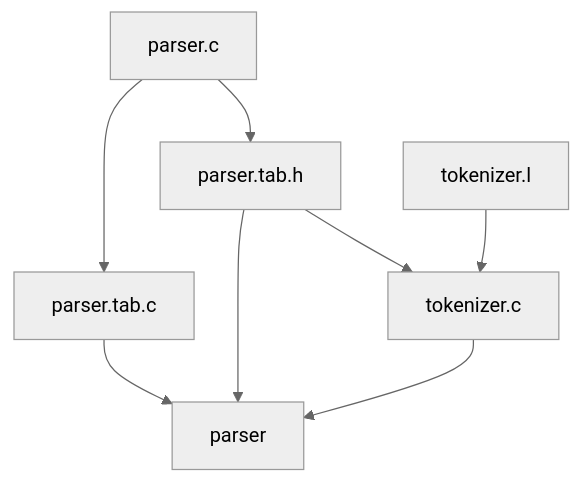
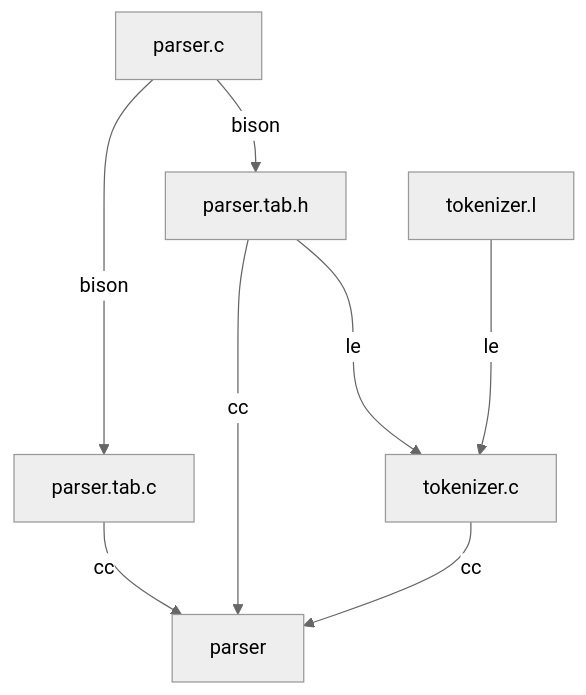
Before and after one commit to mveeneman/FlexBison: the diagram in README.md, drawn with Mermaid (neutral theme). The commit also changed other lines of this file, not shown here.

Commit message:
extend readme

````diff
--- a/README.md
+++ b/README.md
@@ -11,10 +20,10 @@
 ```mermaid
 graph TD;
-    A[parser.c]-->B[parser.tab.h];
-    A-->C[parser.tab.c];
-    B-->D[tokenizer.c];
-    E[tokenizer.l]-->D;
-    C-->F[parser]
-    B-->F
-    D-->F
+    A[parser.c]--bison--> B[parser.tab.h];
+    A--bison--> C[parser.tab.c];
+    B--lex--> D[tokenizer.c];
+    E[tokenizer.l]--lex--> D;
+    C--cc--> F[parser]
+    B--cc--> F
+    D--cc--> F
 ```
````
